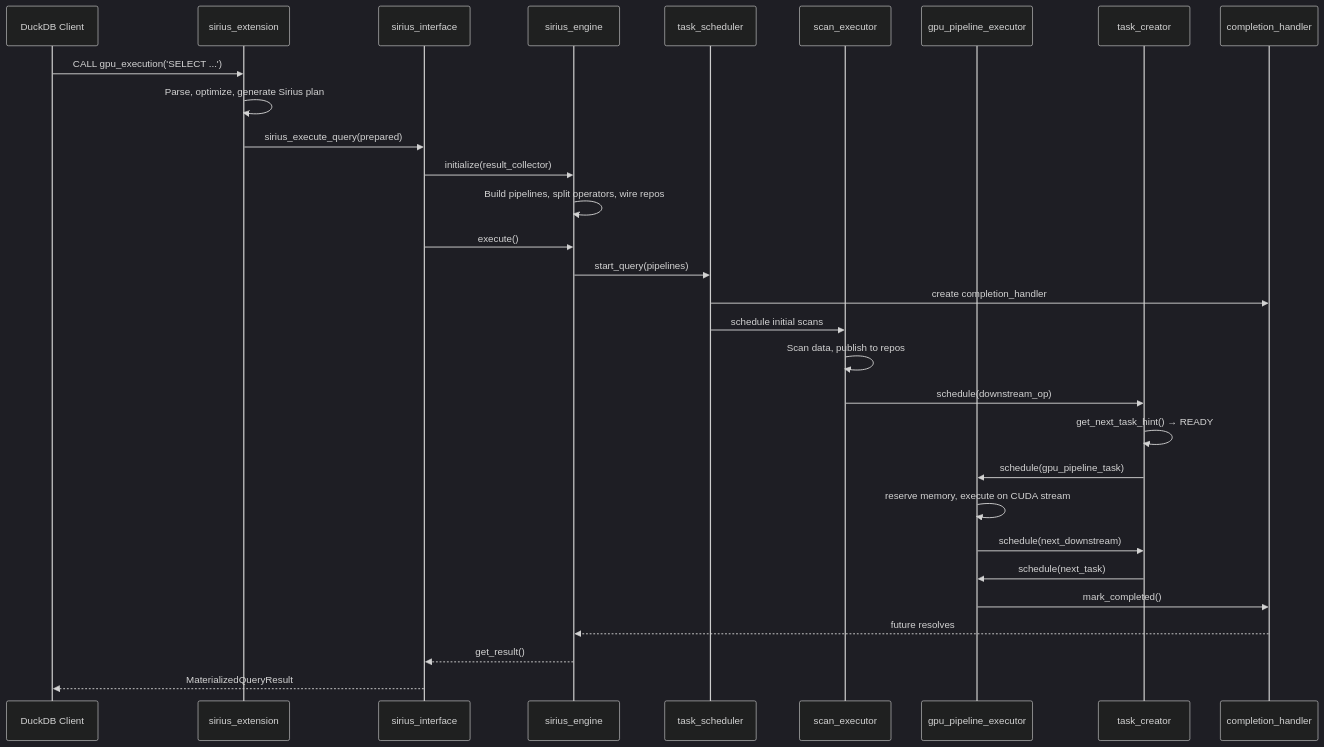
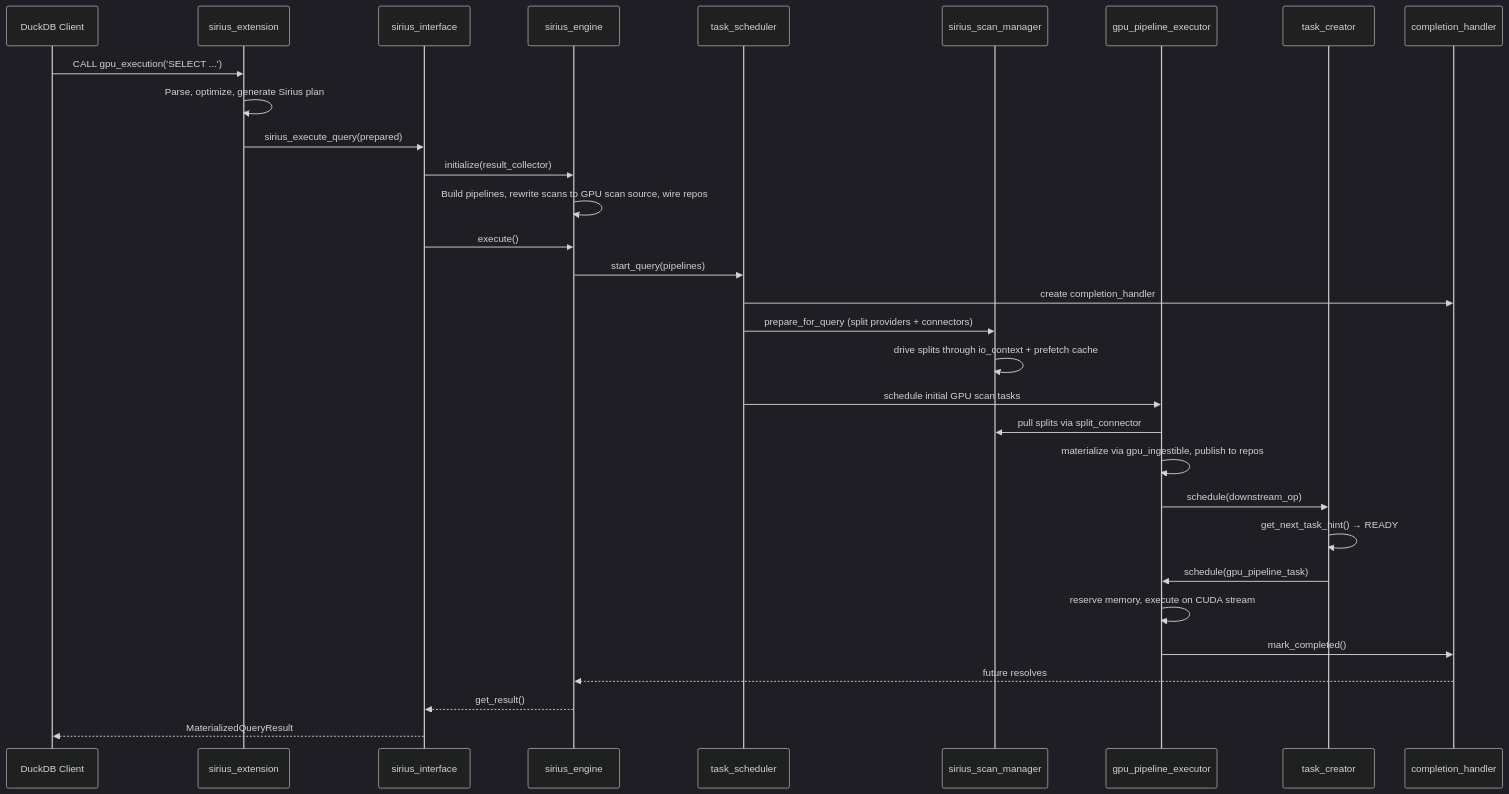
One commit to sirius-db/sirius changed the diagram in docs/super-sirius/execution-flow.md. Above: the diagram before and after it, drawn with Mermaid (dark theme). The commit also changed other lines of this file and 13 other files, not shown here.

````diff
--- a/docs/super-sirius/execution-flow.md
+++ b/docs/super-sirius/execution-flow.md
@@ -201,33 +196,34 @@
 ```mermaid
 sequenceDiagram
     participant User as DuckDB Client
     participant Ext as sirius_extension
     participant Iface as sirius_interface
     participant Engine as sirius_engine
     participant PE as task_scheduler
-    participant SE as scan_executor
+    participant SM as sirius_scan_manager
     participant GPE as gpu_pipeline_executor
     participant TC as task_creator
     participant CH as completion_handler
 
     User->>Ext: CALL gpu_execution('SELECT ...')
     Ext->>Ext: Parse, optimize, generate Sirius plan
     Ext->>Iface: sirius_execute_query(prepared)
     Iface->>Engine: initialize(result_collector)
-    Engine->>Engine: Build pipelines, split operators, wire repos
+    Engine->>Engine: Build pipelines, rewrite scans to GPU scan source, wire repos
     Iface->>Engine: execute()
     Engine->>PE: start_query(pipelines)
     PE->>CH: create completion_handler
-    PE->>SE: schedule initial scans
-    SE->>SE: Scan data, publish to repos
-    SE->>TC: schedule(downstream_op)
+    PE->>SM: prepare_for_query (split providers + connectors)
+    SM->>SM: drive splits through io_context + prefetch cache
+    PE->>GPE: schedule initial GPU scan tasks
+    GPE->>SM: pull splits via split_connector
+    GPE->>GPE: materialize via gpu_ingestible, publish to repos
+    GPE->>TC: schedule(downstream_op)
     TC->>TC: get_next_task_hint() → READY
     TC->>GPE: schedule(gpu_pipeline_task)
     GPE->>GPE: reserve memory, execute on CUDA stream
-    GPE->>TC: schedule(next_downstream)
-    TC->>GPE: schedule(next_task)
     GPE->>CH: mark_completed()
     CH-->>Engine: future resolves
     Engine-->>Iface: get_result()
     Iface-->>User: MaterializedQueryResult
 ```
````
